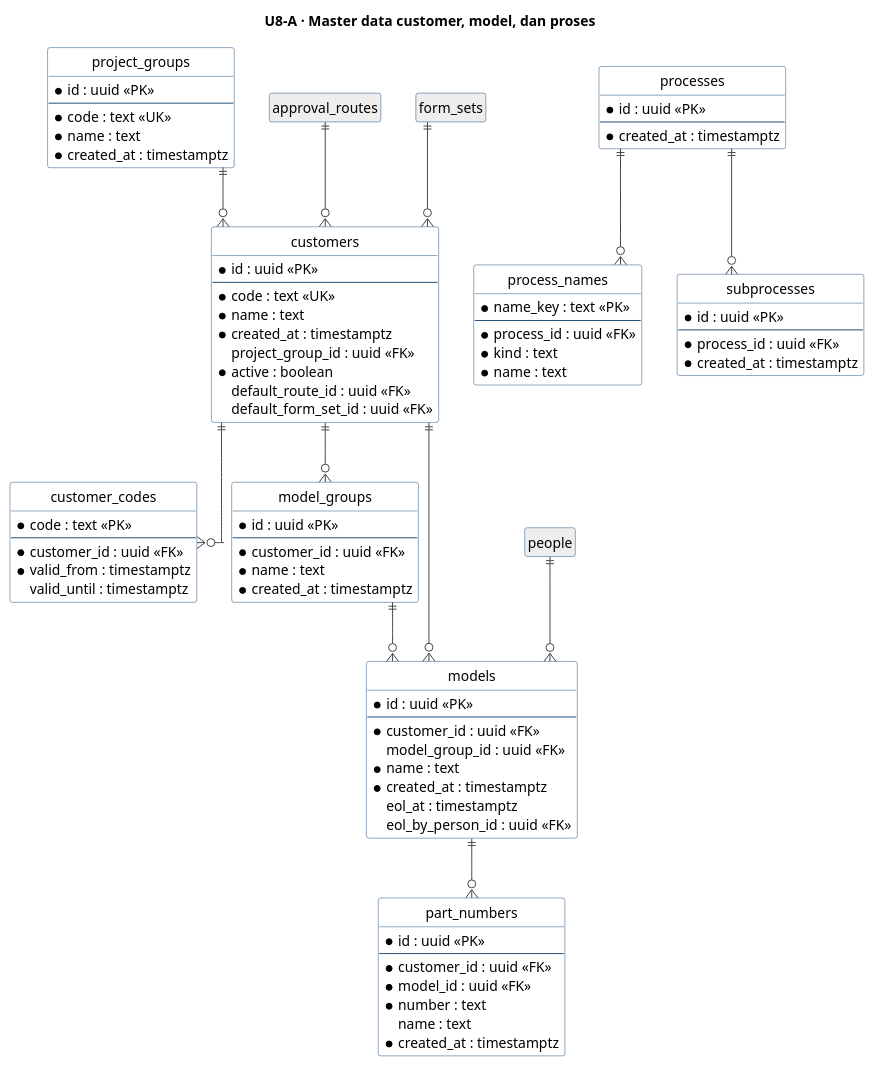
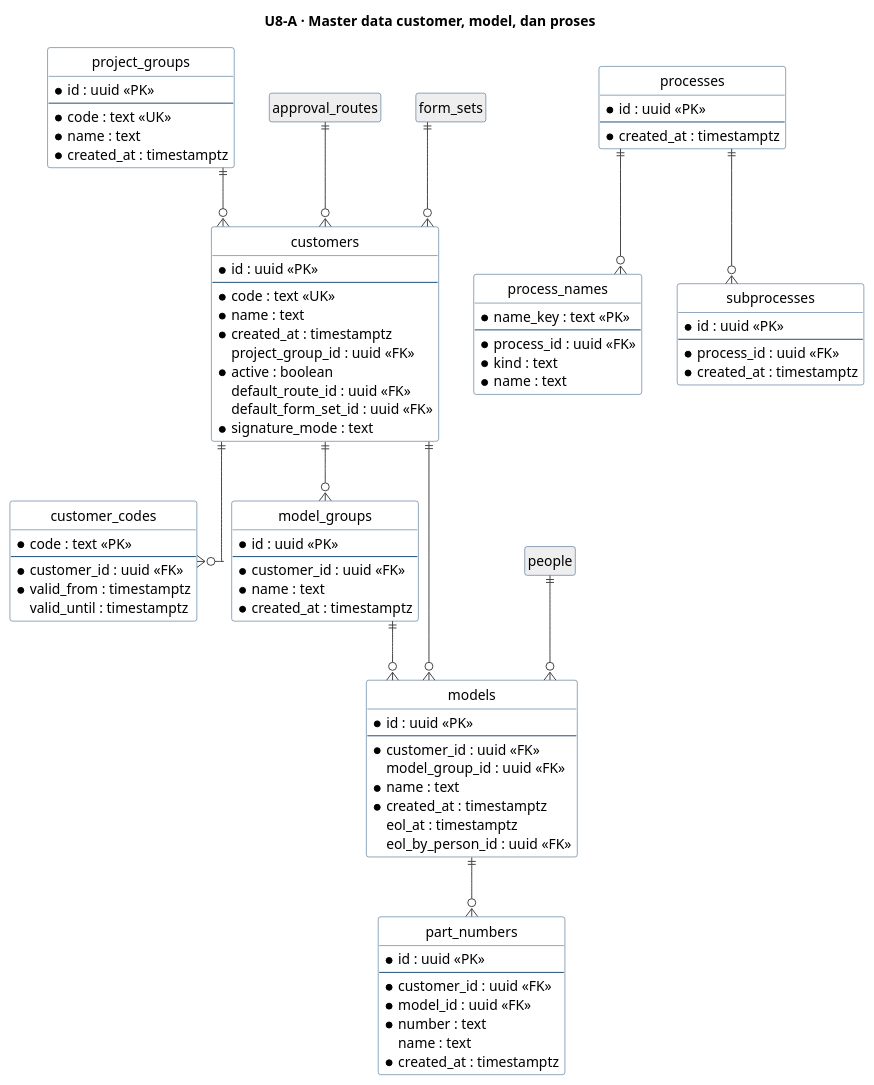
The first of 10 diagrams in docs/uml/U8-erd.puml (dkpauzi/revioten), drawn with PlantUML before and after one commit. The commit also changed other lines of this file and 85 other files, not shown here.

```diff
--- a/docs/uml/U8-erd.puml
+++ b/docs/uml/U8-erd.puml
@@ -16,106 +16,107 @@
 @startuml U8-A-master-data
 hide circle
 hide empty members
 skinparam linetype ortho
 skinparam shadowing false
 skinparam ArrowColor #444444
 skinparam ClassBorderColor #1F4E79
 skinparam ClassBackgroundColor #FFFFFF
 
 title U8-A · Master data customer, model, dan proses
 
 entity "project_groups" as project_groups {
   * id : uuid <<PK>>
   --
   * code : text <<UK>>
   * name : text
   * created_at : timestamptz
 }
 
 entity "customers" as customers {
   * id : uuid <<PK>>
   --
   * code : text <<UK>>
   * name : text
   * created_at : timestamptz
   project_group_id : uuid <<FK>>
   * active : boolean
   default_route_id : uuid <<FK>>
   default_form_set_id : uuid <<FK>>
+  * signature_mode : text
 }
 
 entity "customer_codes" as customer_codes {
   * code : text <<PK>>
   --
   * customer_id : uuid <<FK>>
   * valid_from : timestamptz
   valid_until : timestamptz
 }
 
 entity "model_groups" as model_groups {
   * id : uuid <<PK>>
   --
   * customer_id : uuid <<FK>>
   * name : text
   * created_at : timestamptz
 }
 
 entity "models" as models {
   * id : uuid <<PK>>
   --
   * customer_id : uuid <<FK>>
   model_group_id : uuid <<FK>>
   * name : text
   * created_at : timestamptz
   eol_at : timestamptz
   eol_by_person_id : uuid <<FK>>
 }
 
 entity "part_numbers" as part_numbers {
   * id : uuid <<PK>>
   --
   * customer_id : uuid <<FK>>
   * model_id : uuid <<FK>>
   * number : text
   name : text
   * created_at : timestamptz
 }
 
 entity "processes" as processes {
   * id : uuid <<PK>>
   --
   * created_at : timestamptz
 }
 
 entity "process_names" as process_names {
   * name_key : text <<PK>>
   --
   * process_id : uuid <<FK>>
   * kind : text
   * name : text
 }
 
 entity "subprocesses" as subprocesses {
   * id : uuid <<PK>>
   --
   * process_id : uuid <<FK>>
   * created_at : timestamptz
 }
 
 entity "approval_routes" as approval_routes #EEEEEE
 entity "form_sets" as form_sets #EEEEEE
 entity "people" as people #EEEEEE
 
 customers ||--o{ customer_codes
 approval_routes ||--o{ customers
 form_sets ||--o{ customers
 project_groups ||--o{ customers
 customers ||--o{ model_groups
 customers ||--o{ models
 model_groups ||--o{ models
 people ||--o{ models
 models ||--o{ part_numbers
 processes ||--o{ process_names
 processes ||--o{ subprocesses
 
 @enduml
```
